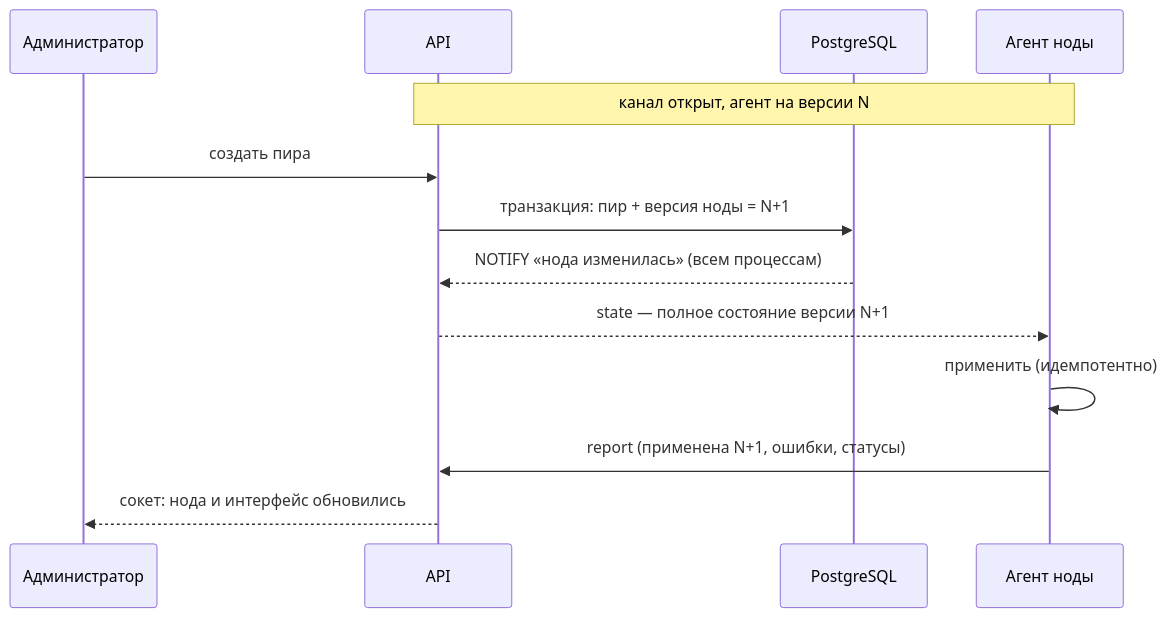
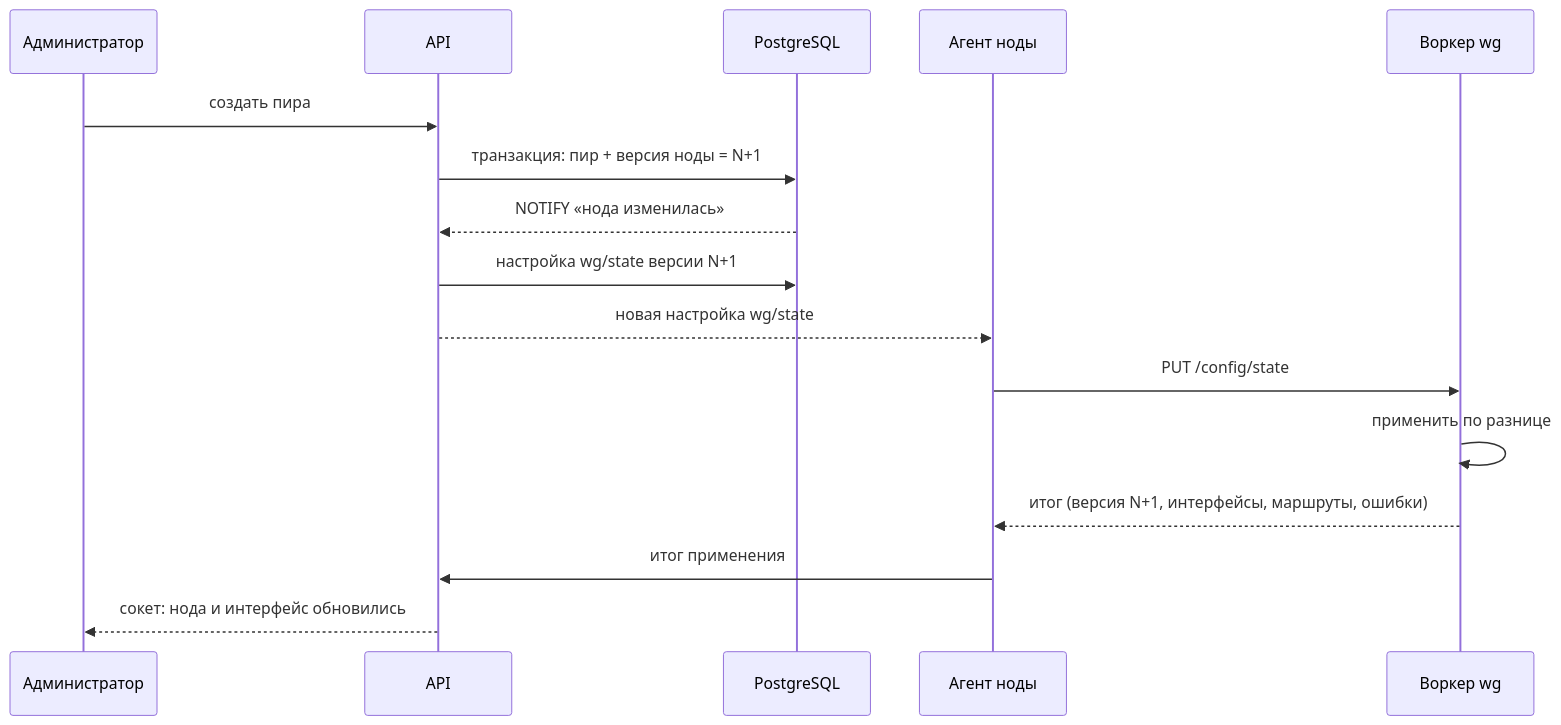
Before and after one commit to epifanovmd/wg-admin-api: the third of 9 diagrams in docs/WIREGUARD.md, drawn with Mermaid. The commit also changed other lines of this file and 252 other files, not shown here.

````diff
--- a/docs/WIREGUARD.md
+++ b/docs/WIREGUARD.md
@@ -111,16 +132,19 @@
 ```mermaid
 sequenceDiagram
   participant Admin as Администратор
   participant API
   participant DB as PostgreSQL
   participant Agent as Агент ноды
+  participant Wg as Воркер wg
 
-  Note over Agent,API: канал открыт, агент на версии N
   Admin->>API: создать пира
   API->>DB: транзакция: пир + версия ноды = N+1
-  DB-->>API: NOTIFY «нода изменилась» (всем процессам)
-  API-->>Agent: state — полное состояние версии N+1
-  Agent->>Agent: применить (идемпотентно)
-  Agent->>API: report (применена N+1, ошибки, статусы)
+  DB-->>API: NOTIFY «нода изменилась»
+  API->>DB: настройка wg/state версии N+1
+  API-->>Agent: новая настройка wg/state
+  Agent->>Wg: PUT /config/state
+  Wg->>Wg: применить по разнице
+  Wg-->>Agent: итог (версия N+1, интерфейсы, маршруты, ошибки)
+  Agent->>API: итог применения
   API-->>Admin: сокет: нода и интерфейс обновились
 ```
````
